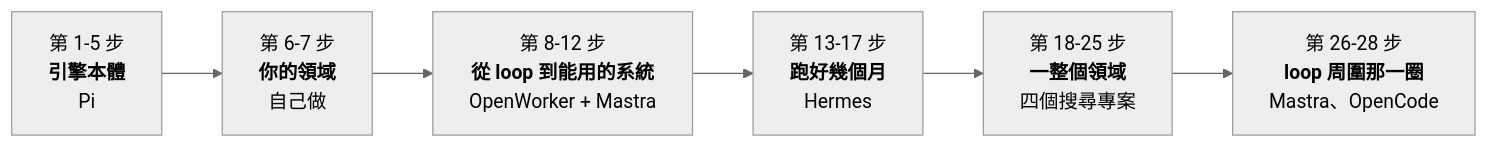
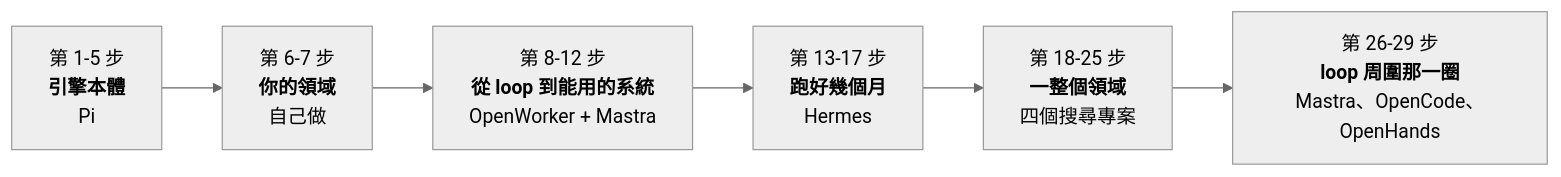
One commit to whereissam/learn-agent-engineering-from-production changed the second of 2 diagrams in README.zh-TW.md. Above: the diagram before and after it, drawn with Mermaid (neutral theme). The commit also changed other lines of this file and 2 other files, not shown here.

````diff
--- a/README.zh-TW.md
+++ b/README.zh-TW.md
@@ -67,8 +67,8 @@
 ```mermaid
 flowchart LR
     P1["第 1-5 步<br/><b>引擎本體</b><br/>Pi"] --> P2["第 6-7 步<br/><b>你的領域</b><br/>自己做"]
     P2 --> P3["第 8-12 步<br/><b>從 loop 到能用的系統</b><br/>OpenWorker + Mastra"]
     P3 --> P4["第 13-17 步<br/><b>跑好幾個月</b><br/>Hermes"]
     P4 --> P5["第 18-25 步<br/><b>一整個領域</b><br/>四個搜尋專案"]
-    P5 --> P6["第 26-28 步<br/><b>loop 周圍那一圈</b><br/>Mastra、OpenCode"]
+    P5 --> P6["第 26-29 步<br/><b>loop 周圍那一圈</b><br/>Mastra、OpenCode、OpenHands"]
 ```
````
